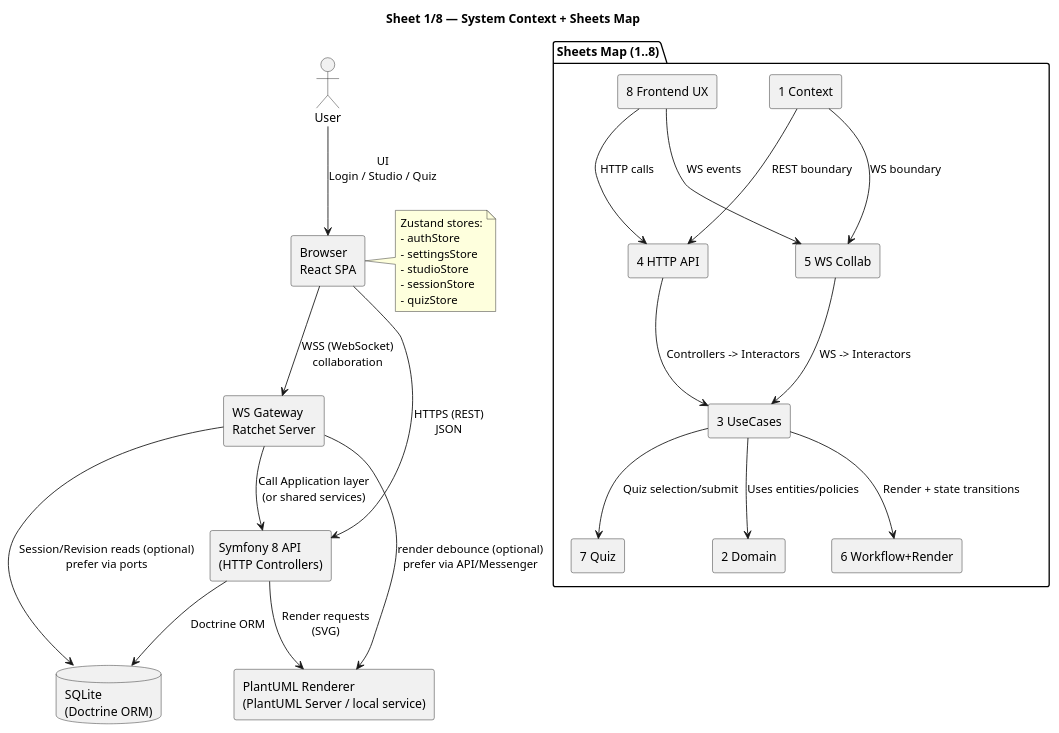
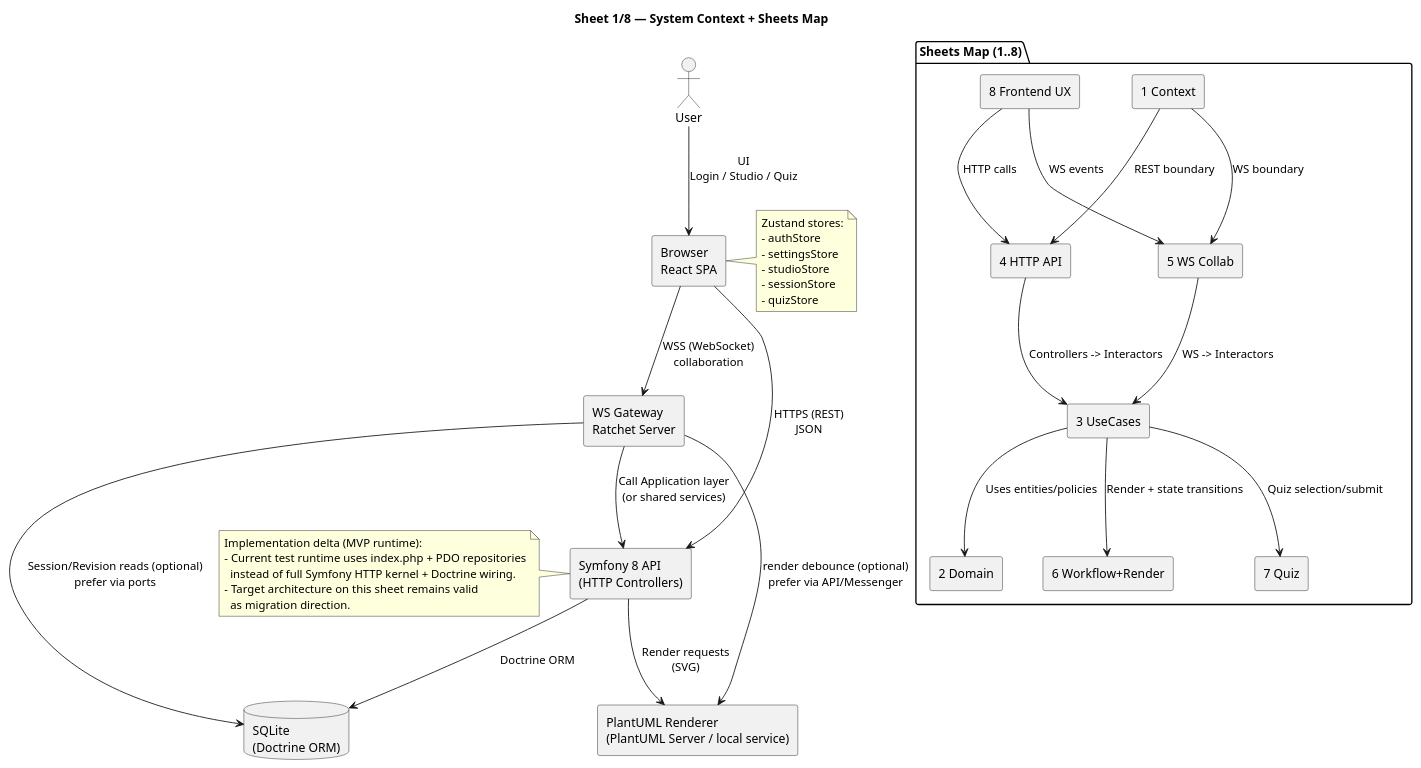
One commit to proger4/plantuml changed the diagram in docs/context.puml. Above: the diagram before and after it, drawn with PlantUML. The commit also changed 10 other files, not shown here.

```diff
--- a/docs/context.puml
+++ b/docs/context.puml
@@ -1,54 +1,62 @@
 @startuml
 title Sheet 1/8 — System Context + Sheets Map
 
 skinparam componentStyle rectangle
 
 actor "User" as user
 
 rectangle "Browser\nReact SPA" as spa
 rectangle "Symfony 8 API\n(HTTP Controllers)" as api
 rectangle "WS Gateway\nRatchet Server" as ws
 database "SQLite\n(Doctrine ORM)" as db
 rectangle "PlantUML Renderer\n(PlantUML Server / local service)" as renderer
 
 user --> spa : UI\nLogin / Studio / Quiz
 spa --> api : HTTPS (REST)\nJSON
 spa --> ws : WSS (WebSocket)\ncollaboration
 
 api --> db : Doctrine ORM
 api --> renderer : Render requests\n(SVG)
 ws --> api : Call Application layer\n(or shared services)
 ws --> db : Session/Revision reads (optional)\nprefer via ports
 ws --> renderer : render debounce (optional)\nprefer via API/Messenger
 
 note right of spa
 Zustand stores:
 - authStore
 - settingsStore
 - studioStore
 - sessionStore
 - quizStore
 end note
 
+note left of api
+Implementation delta (MVP runtime):
+- Current test runtime uses index.php + PDO repositories
+  instead of full Symfony HTTP kernel + Doctrine wiring.
+- Target architecture on this sheet remains valid
+  as migration direction.
+end note
+
 package "Sheets Map (1..8)" as sheets {
   rectangle "1 Context" as S1
   rectangle "2 Domain" as S2
   rectangle "3 UseCases" as S3
   rectangle "4 HTTP API" as S4
   rectangle "5 WS Collab" as S5
   rectangle "6 Workflow+Render" as S6
   rectangle "7 Quiz" as S7
   rectangle "8 Frontend UX" as S8
 
   S1 --> S4 : REST boundary
   S1 --> S5 : WS boundary
   S4 --> S3 : Controllers -> Interactors
   S5 --> S3 : WS -> Interactors
   S3 --> S2 : Uses entities/policies
   S3 --> S6 : Render + state transitions
   S3 --> S7 : Quiz selection/submit
   S8 --> S4 : HTTP calls
   S8 --> S5 : WS events
 }
 
 @enduml
```
